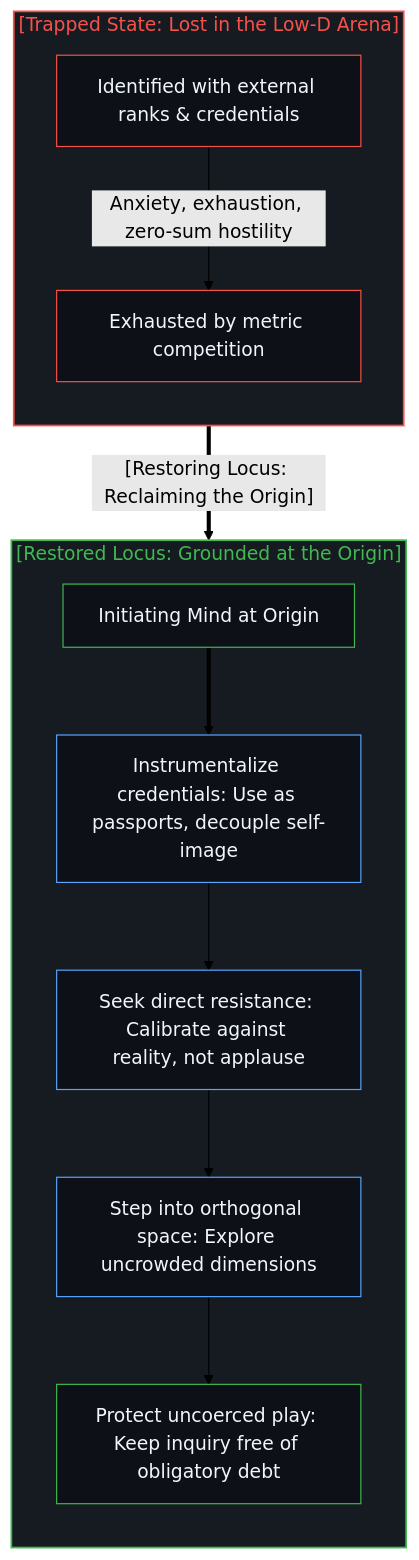
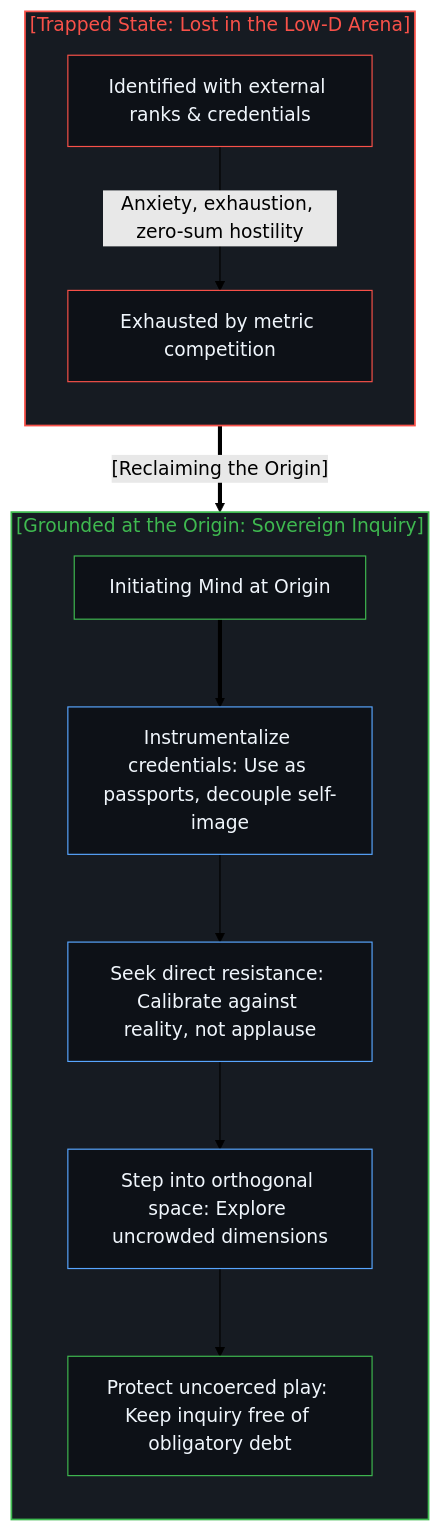
The tenth of 10 diagrams in content/posts/the-reversal-of-education-and-science.md (powerpig99/not-a-toe), drawn with Mermaid (forest theme) before and after one commit. The commit also changed other lines of this file and 13 other files, not shown here.

````diff
--- a/content/posts/the-reversal-of-education-and-science.md
+++ b/content/posts/the-reversal-of-education-and-science.md
@@ -431,31 +431,31 @@
 ```mermaid
 flowchart TD
     subgraph S_Trap["[Trapped State: Lost in the Low-D Arena]"]
         direction TB
         TrapMind["Identified with external ranks & credentials"]
         Misery["Exhausted by metric competition"]
         TrapMind -->|"Anxiety, exhaustion, zero-sum hostility"| Misery
     end
-    S_Trap ==>|"[Restoring Locus: Reclaiming the Origin]"| S_Sovereign
-    subgraph S_Sovereign["[Restored Locus: Grounded at the Origin]"]
+    S_Trap ==>|"[Reclaiming the Origin]"| S_Sovereign
+    subgraph S_Sovereign["[Grounded at the Origin: Sovereign Inquiry]"]
         direction TB
         SovereignMind["Initiating Mind at Origin"]
         Step1["Instrumentalize credentials: Use as passports, decouple self-image"]
         Step2["Seek direct resistance: Calibrate against reality, not applause"]
         Step3["Step into orthogonal space: Explore uncrowded dimensions"]
         Step4["Protect uncoerced play: Keep inquiry free of obligatory debt"]
         SovereignMind ==> Step1
         Step1 --> Step2
         Step2 --> Step3
         Step3 --> Step4
     end
     style S_Trap fill:#161b22,stroke:#f85149,stroke-width:1.5px,color:#f85149
     style S_Sovereign fill:#161b22,stroke:#3fb950,stroke-width:1.5px,color:#3fb950
     style TrapMind fill:#0d1117,stroke:#f85149,stroke-width:1px,color:#f0f6fc
     style Misery fill:#0d1117,stroke:#f85149,stroke-width:1px,color:#f0f6fc
     style SovereignMind fill:#0d1117,stroke:#3fb950,stroke-width:1px,color:#f0f6fc
     style Step1 fill:#0d1117,stroke:#58a6ff,stroke-width:1px,color:#f0f6fc
     style Step2 fill:#0d1117,stroke:#58a6ff,stroke-width:1px,color:#f0f6fc
     style Step3 fill:#0d1117,stroke:#58a6ff,stroke-width:1px,color:#f0f6fc
     style Step4 fill:#0d1117,stroke:#3fb950,stroke-width:1px,color:#f0f6fc
 ```
````
